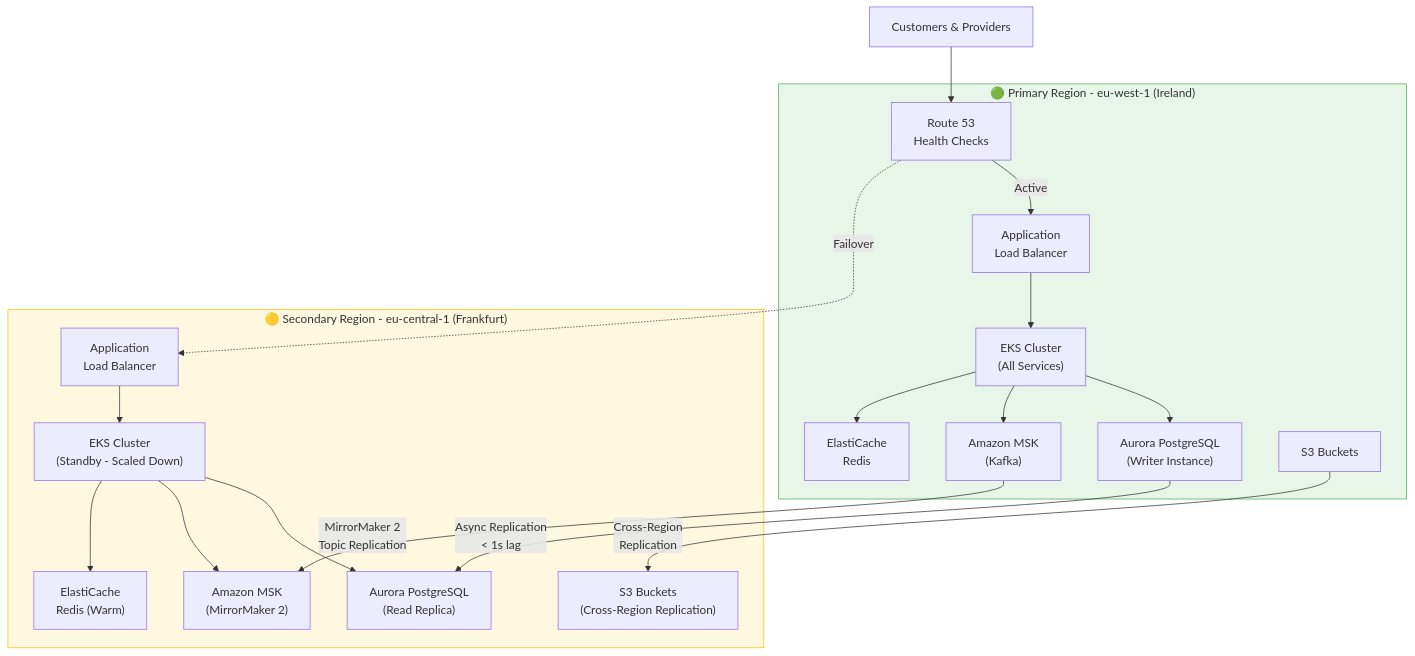
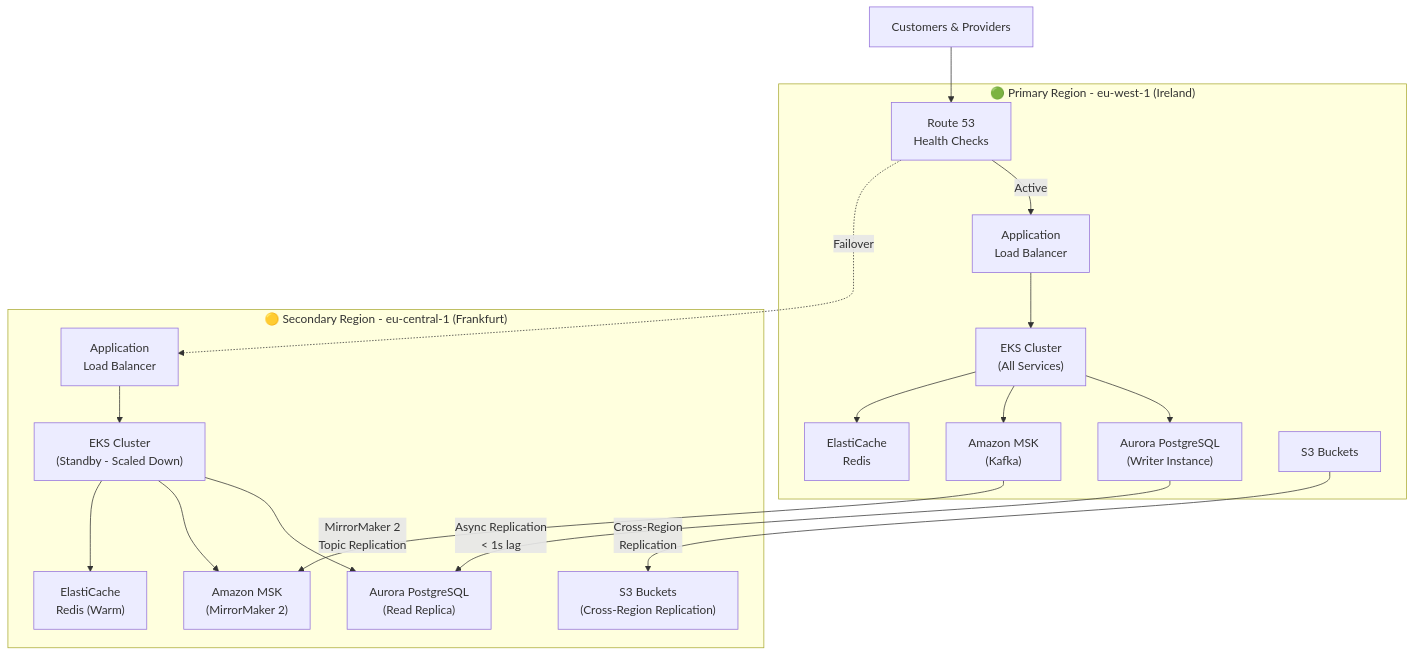
The first of 2 diagrams in 05-operational-excellence/07-disaster-recovery-playbook.md (rishikeshdhokare/platform-manifesto), drawn with Mermaid before and after one commit. The commit also changed other lines of this file and 14 other files, not shown here.

First line of the commit message:
fix: remove mermaid style directives (119 lines across 15 files)

````diff
--- a/05-operational-excellence/07-disaster-recovery-playbook.md
+++ b/05-operational-excellence/07-disaster-recovery-playbook.md
@@ -28,42 +28,40 @@
 ```mermaid
 graph TB
     subgraph Primary["🟢 Primary Region - eu-west-1 (Ireland)"]
         R53_P["Route 53<br/>Health Checks"]
         ALB_P["Application<br/>Load Balancer"]
         EKS_P["EKS Cluster<br/>(All Services)"]
         Aurora_P["Aurora PostgreSQL<br/>(Writer Instance)"]
         MSK_P["Amazon MSK<br/>(Kafka)"]
         Redis_P["ElastiCache<br/>Redis"]
         S3_P["S3 Buckets"]
     end
 
     subgraph Secondary["🟡 Secondary Region - eu-central-1 (Frankfurt)"]
         ALB_S["Application<br/>Load Balancer"]
         EKS_S["EKS Cluster<br/>(Standby - Scaled Down)"]
         Aurora_S["Aurora PostgreSQL<br/>(Read Replica)"]
         MSK_S["Amazon MSK<br/>(MirrorMaker 2)"]
         Redis_S["ElastiCache<br/>Redis (Warm)"]
         S3_S["S3 Buckets<br/>(Cross-Region Replication)"]
     end
 
     Users["Customers & Providers"] --> R53_P
     R53_P -->|"Active"| ALB_P
     R53_P -.->|"Failover"| ALB_S
 
     ALB_P --> EKS_P
     EKS_P --> Aurora_P
     EKS_P --> MSK_P
     EKS_P --> Redis_P
 
     Aurora_P -->|"Async Replication<br/>< 1s lag"| Aurora_S
     MSK_P -->|"MirrorMaker 2<br/>Topic Replication"| MSK_S
     S3_P -->|"Cross-Region<br/>Replication"| S3_S
 
     ALB_S --> EKS_S
     EKS_S --> Aurora_S
     EKS_S --> MSK_S
     EKS_S --> Redis_S
 
-    style Primary fill:#E8F5E9,stroke:#4CAF50
-    style Secondary fill:#FFF8E1,stroke:#FFC107
 ```
````
